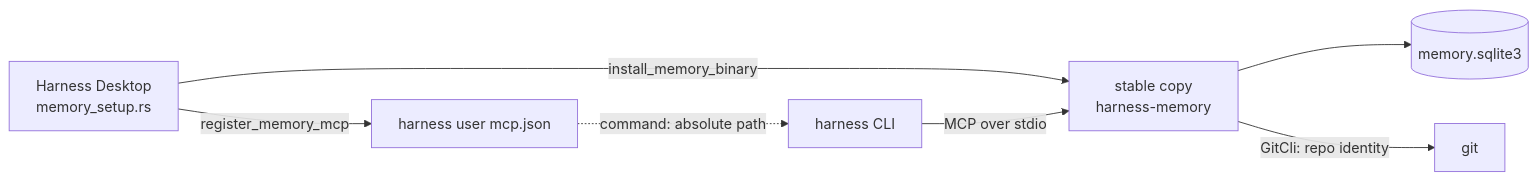
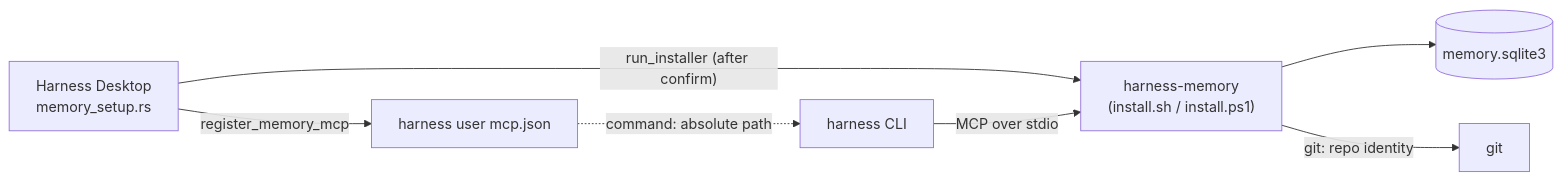
The second of 2 diagrams in docs/architecture.md (MSpiechowicz/harness-useful-desktop), drawn with Mermaid before and after one commit. The commit also changed other lines of this file and 170 other files, not shown here.

First line of the commit message:
feat(memory): install Harness Memory as a family member instead of bundling it

````diff
--- a/docs/architecture.md
+++ b/docs/architecture.md
@@ -67,9 +69,9 @@
 ```mermaid
 flowchart LR
-  APP["Harness Desktop<br/>memory_setup.rs"] -- "install_memory_binary" --> BIN["stable copy<br/>harness-memory"]
+  APP["Harness Desktop<br/>memory_setup.rs"] -- "run_installer (after confirm)" --> BIN["harness-memory<br/>(install.sh / install.ps1)"]
   APP -- "register_memory_mcp" --> CFG["harness user mcp.json"]
   CFG -. "command: absolute path" .-> H["harness CLI"]
   H -- "MCP over stdio" --> BIN
   BIN --> DB[("memory.sqlite3")]
-  BIN -- "GitCli: repo identity" --> G["git"]
+  BIN -- "git: repo identity" --> G["git"]
 ```
````
